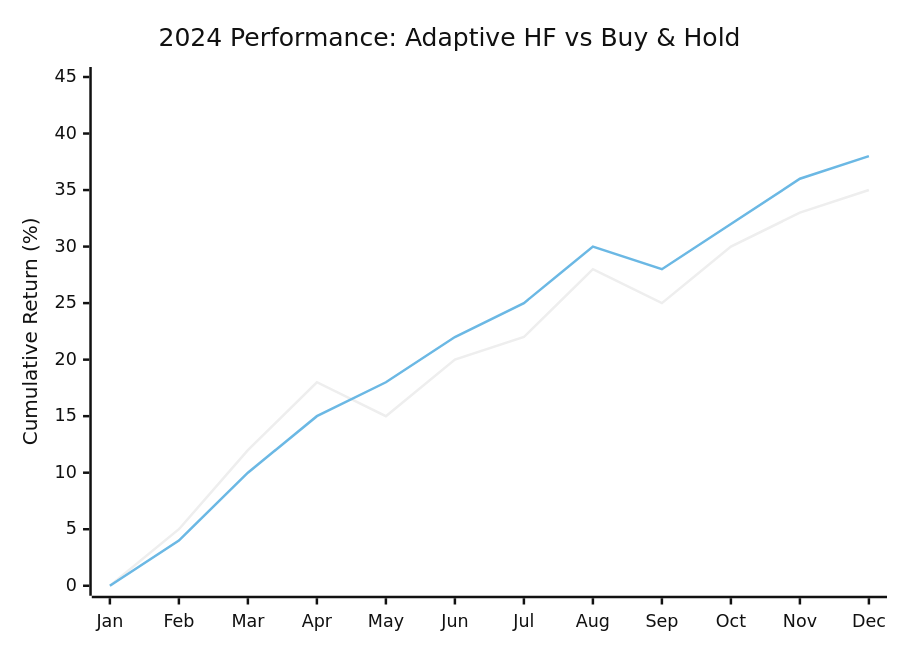
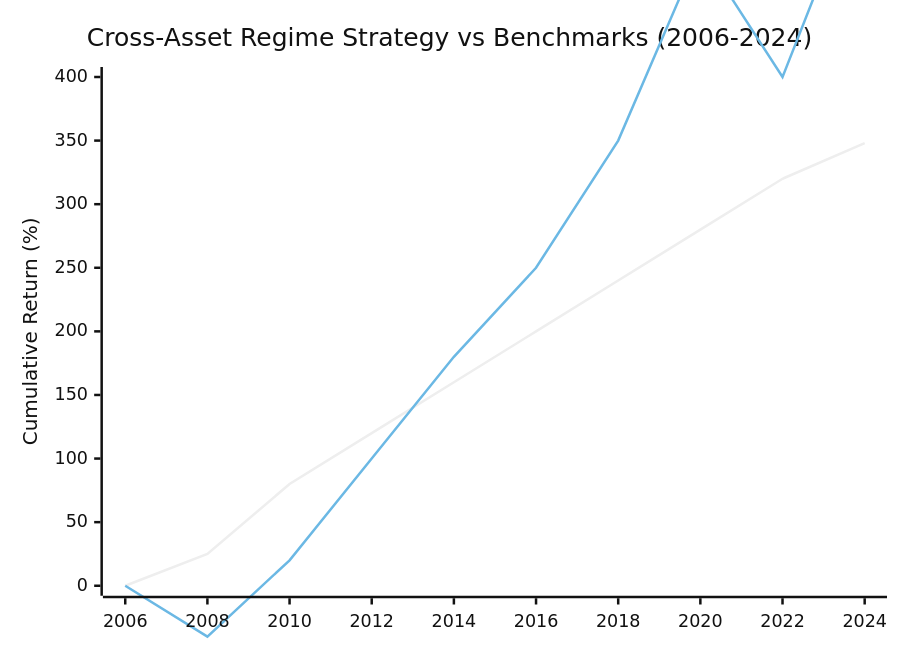
One commit to blackms/FinRL-Adaptive changed diagram 13 of 18 in docs/adaptive_hedge_fund_strategy.md. Above: the diagram before and after it, drawn with Mermaid (neutral theme). The commit also changed other lines of this file and 3 other files, not shown here.

````diff
--- a/docs/adaptive_hedge_fund_strategy.md
+++ b/docs/adaptive_hedge_fund_strategy.md
@@ -404,8 +448,8 @@
 ```mermaid
 xychart-beta
-    title "2024 Performance: Adaptive HF vs Buy & Hold"
-    x-axis [Jan, Feb, Mar, Apr, May, Jun, Jul, Aug, Sep, Oct, Nov, Dec]
-    y-axis "Cumulative Return (%)" 0 --> 45
-    line [0, 5, 12, 18, 15, 20, 22, 28, 25, 30, 33, 35]
-    line [0, 4, 10, 15, 18, 22, 25, 30, 28, 32, 36, 38]
+    title "Cross-Asset Regime Strategy vs Benchmarks (2006-2024)"
+    x-axis [2006, 2008, 2010, 2012, 2014, 2016, 2018, 2020, 2022, 2024]
+    y-axis "Cumulative Return (%)" 0 --> 400
+    line [0, 25, 80, 120, 160, 200, 240, 280, 320, 348]
+    line [0, -40, 20, 100, 180, 250, 350, 500, 400, 564]
 ```
````
